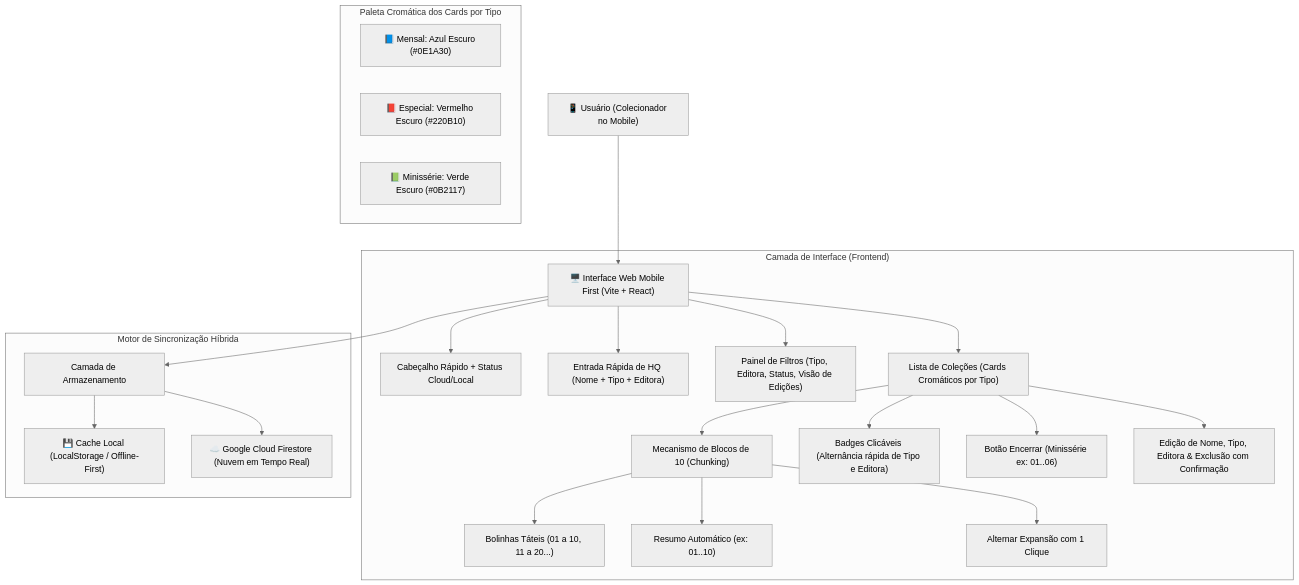
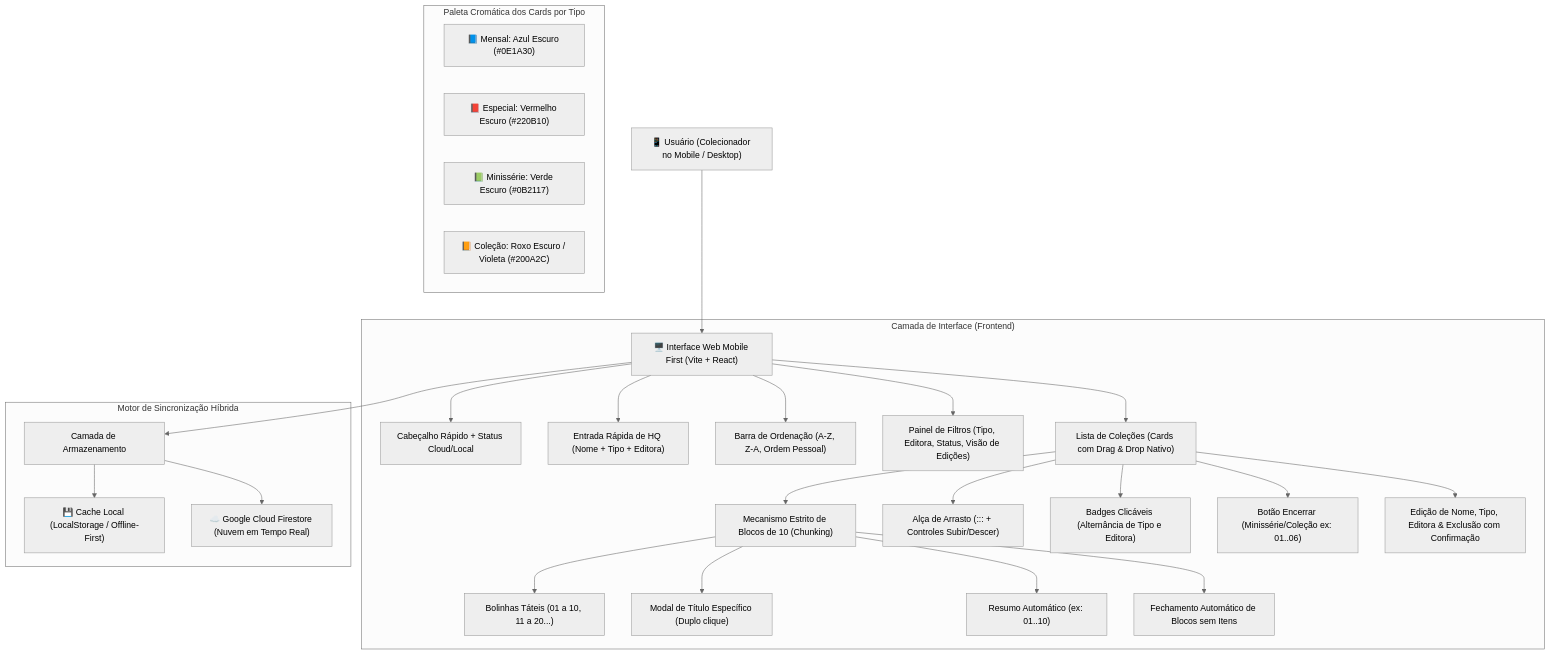
One commit to williamdevide/antigravity.collections changed the first of 2 diagrams in documentation/architecture.md. Above: the diagram before and after it, drawn with Mermaid (neutral theme). The commit also changed other lines of this file and 4 other files, not shown here.

Commit message:
feat: add drag-and-drop ordering, strict dynamic chunk closing, collection type and per-issue titles

````diff
--- a/documentation/architecture.md
+++ b/documentation/architecture.md
@@ -10,32 +10,36 @@
 ```mermaid
 flowchart TD
-    User["📱 Usuário (Colecionador no Mobile)"] --> UI["🖥️ Interface Web Mobile First (Vite + React)"]
+    User["📱 Usuário (Colecionador no Mobile / Desktop)"] --> UI["🖥️ Interface Web Mobile First (Vite + React)"]
 
     subgraph Frontend ["Camada de Interface (Frontend)"]
         UI --> Header["Cabeçalho Rápido + Status Cloud/Local"]
         UI --> AddForm["Entrada Rápida de HQ (Nome + Tipo + Editora)"]
+        UI --> SortBar["Barra de Ordenação (A-Z, Z-A, Ordem Pessoal)"]
         UI --> FilterPanel["Painel de Filtros (Tipo, Editora, Status, Visão de Edições)"]
-        UI --> ComicList["Lista de Coleções (Cards Cromáticos por Tipo)"]
+        UI --> ComicList["Lista de Coleções (Cards com Drag & Drop Nativo)"]
         
-        ComicList --> ChunkEngine["Mecanismo de Blocos de 10 (Chunking)"]
+        ComicList --> ChunkEngine["Mecanismo Estrito de Blocos de 10 (Chunking)"]
         ChunkEngine --> TactileCircles["Bolinhas Táteis (01 a 10, 11 a 20...)"]
+        ChunkEngine --> IssueTitleModal["Modal de Título Específico (Duplo clique)"]
         ChunkEngine --> AutoSummarize["Resumo Automático (ex: 01..10)"]
-        ChunkEngine --> ManualExpand["Alternar Expansão com 1 Clique"]
+        ChunkEngine --> StrictCollapse["Fechamento Automático de Blocos sem Itens"]
         
-        ComicList --> Badges["Badges Clicáveis (Alternância rápida de Tipo e Editora)"]
-        ComicList --> SeriesEnder["Botão Encerrar (Minissérie ex: 01..06)"]
+        ComicList --> DragHandle["Alça de Arrasto (::: + Controles Subir/Descer)"]
+        ComicList --> Badges["Badges Clicáveis (Alternância de Tipo e Editora)"]
+        ComicList --> SeriesEnder["Botão Encerrar (Minissérie/Coleção ex: 01..06)"]
         ComicList --> EditModal["Edição de Nome, Tipo, Editora & Exclusão com Confirmação"]
     end
 
     subgraph Theming ["Paleta Cromática dos Cards por Tipo"]
         MensalCard["📘 Mensal: Azul Escuro (#0E1A30)"]
         EspecialCard["📕 Especial: Vermelho Escuro (#220B10)"]
         MinisserieCard["📗 Minissérie: Verde Escuro (#0B2117)"]
+        ColecaoCard["📙 Coleção: Roxo Escuro / Violeta (#200A2C)"]
     end
 
     subgraph DataSync ["Motor de Sincronização Híbrida"]
         UI --> StorageLayer["Camada de Armazenamento"]
         StorageLayer --> LocalStorage["💾 Cache Local (LocalStorage / Offline-First)"]
         StorageLayer --> Firestore["☁️ Google Cloud Firestore (Nuvem em Tempo Real)"]
     end
 ```
````
